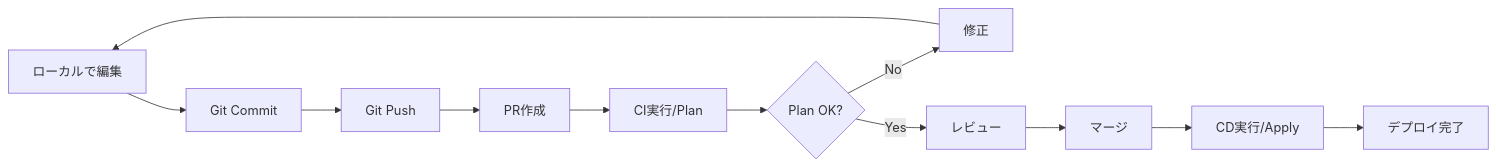
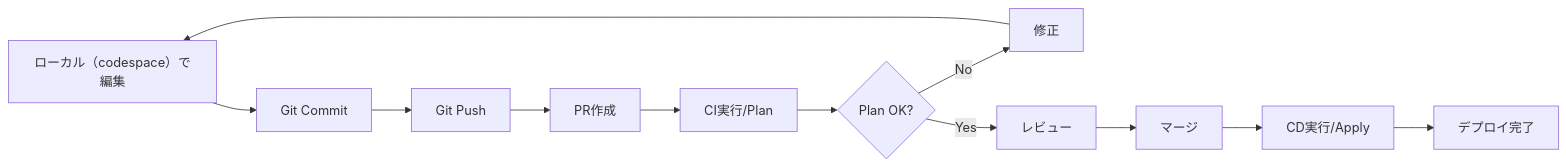
The second of 2 diagrams in docs-site/docs/15_Bootstrap_Phase_2.md (shuhei0720org01/alz-mgmt), drawn with Mermaid before and after one commit. The commit also changed other lines of this file and 5 other files, not shown here.

````diff
--- a/docs-site/docs/15_Bootstrap_Phase_2.md
+++ b/docs-site/docs/15_Bootstrap_Phase_2.md
@@ -478,14 +188,14 @@
 ```mermaid
 graph LR
-    A[ローカルで編集] --> B[Git Commit]
+    A[ローカル（codespace）で編集] --> B[Git Commit]
     B --> C[Git Push]
     C --> D[PR作成]
     D --> E[CI実行/Plan]
     E --> F{Plan OK?}
     F -->|No| G[修正]
     G --> A
     F -->|Yes| H[レビュー]
     H --> I[マージ]
     I --> J[CD実行/Apply]
     J --> K[デプロイ完了]
 ```
````
